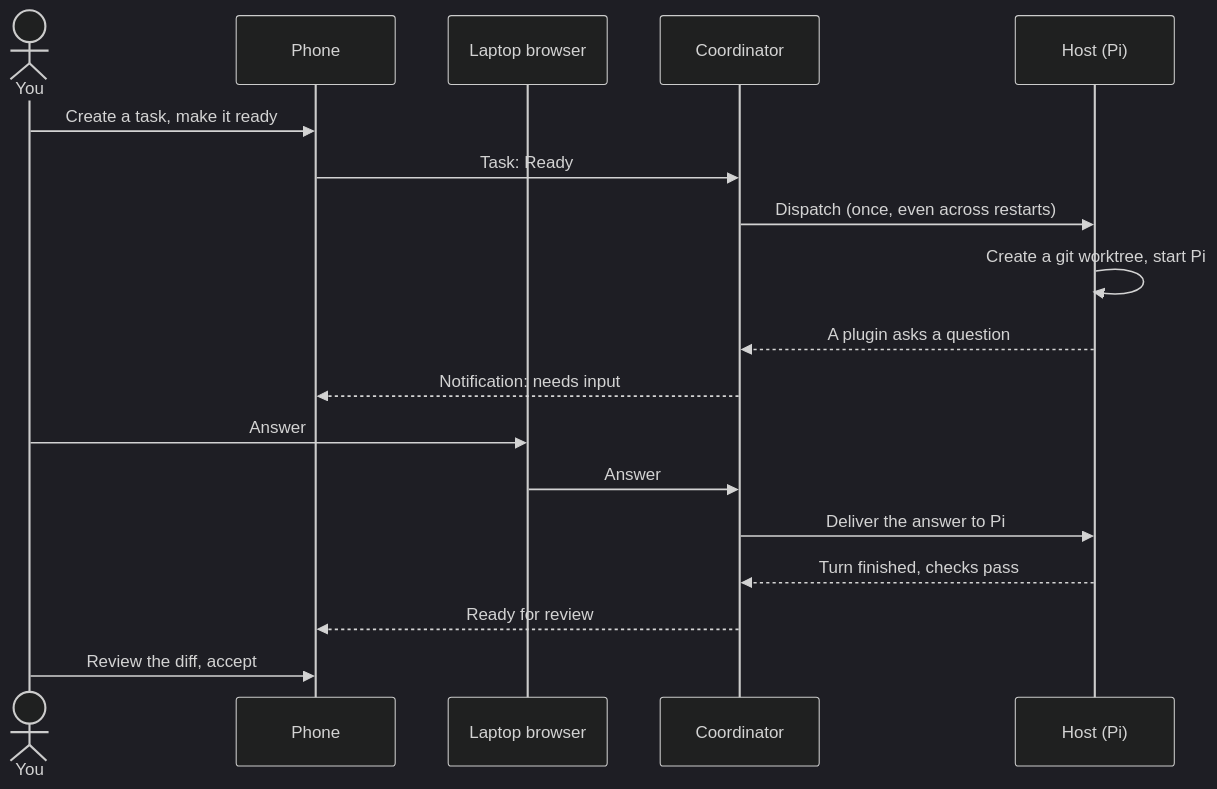
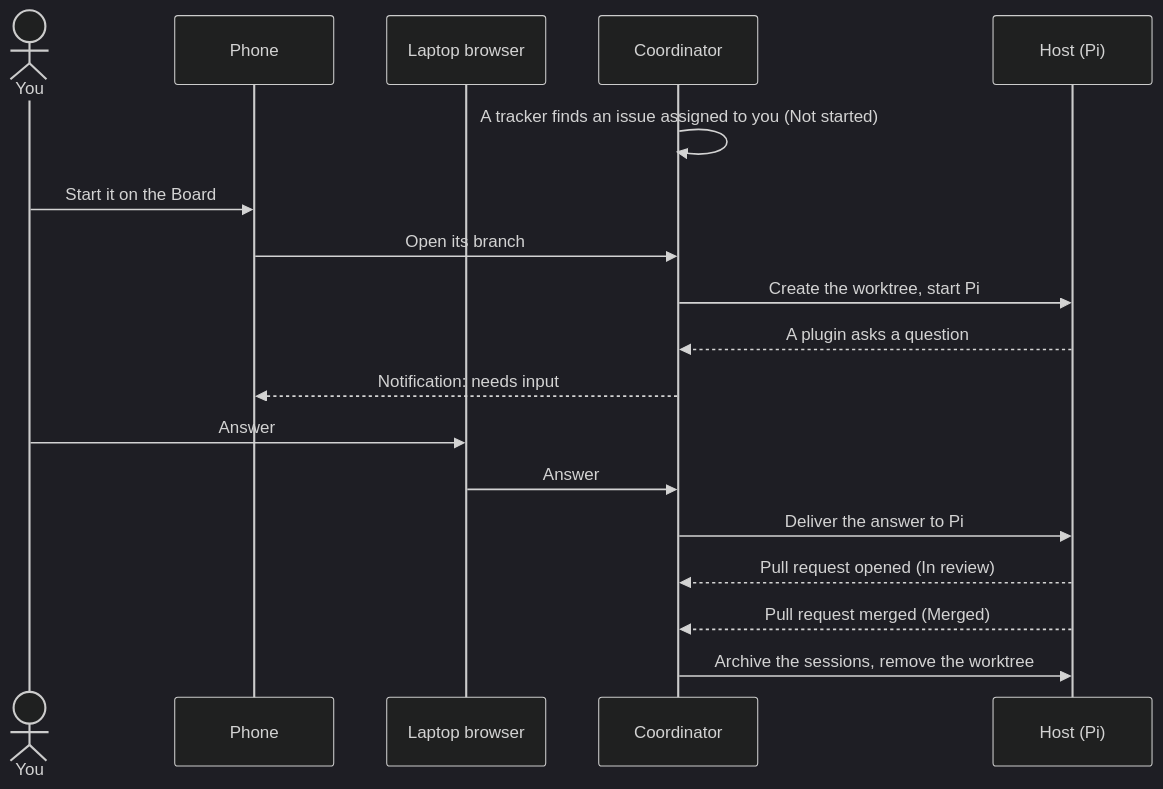
One commit to justmytwospence/switchyard changed the second of 2 diagrams in README.md. Above: the diagram before and after it, drawn with Mermaid (dark theme). The commit also changed other lines of this file and 5 other files, not shown here.

````diff
--- a/README.md
+++ b/README.md
@@ -46,21 +48,21 @@
 ```mermaid
 sequenceDiagram
   actor You
   participant Phone
   participant Laptop as Laptop browser
   participant Coord as Coordinator
   participant Host as Host (Pi)
 
-  You->>Phone: Create a task, make it ready
-  Phone->>Coord: Task: Ready
-  Coord->>Host: Dispatch (once, even across restarts)
-  Host->>Host: Create a git worktree, start Pi
+  Coord->>Coord: A tracker finds an issue assigned to you (Not started)
+  You->>Phone: Start it on the Board
+  Phone->>Coord: Open its branch
+  Coord->>Host: Create the worktree, start Pi
   Host-->>Coord: A plugin asks a question
   Coord-->>Phone: Notification: needs input
   You->>Laptop: Answer
   Laptop->>Coord: Answer
   Coord->>Host: Deliver the answer to Pi
-  Host-->>Coord: Turn finished, checks pass
-  Coord-->>Phone: Ready for review
-  You->>Phone: Review the diff, accept
+  Host-->>Coord: Pull request opened (In review)
+  Host-->>Coord: Pull request merged (Merged)
+  Coord->>Host: Archive the sessions, remove the worktree
 ```
````
